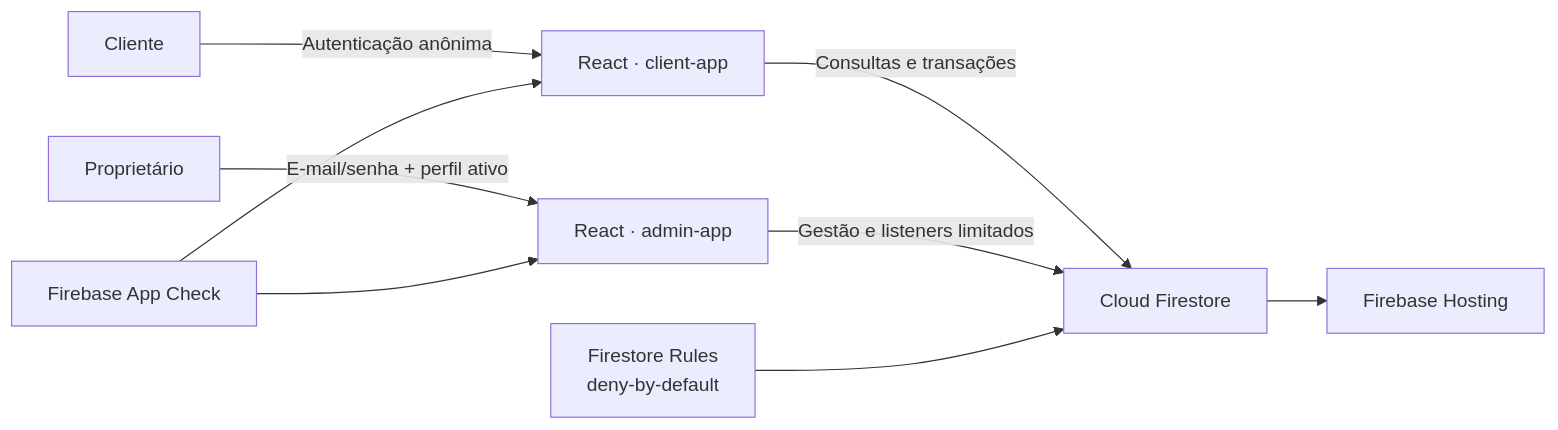
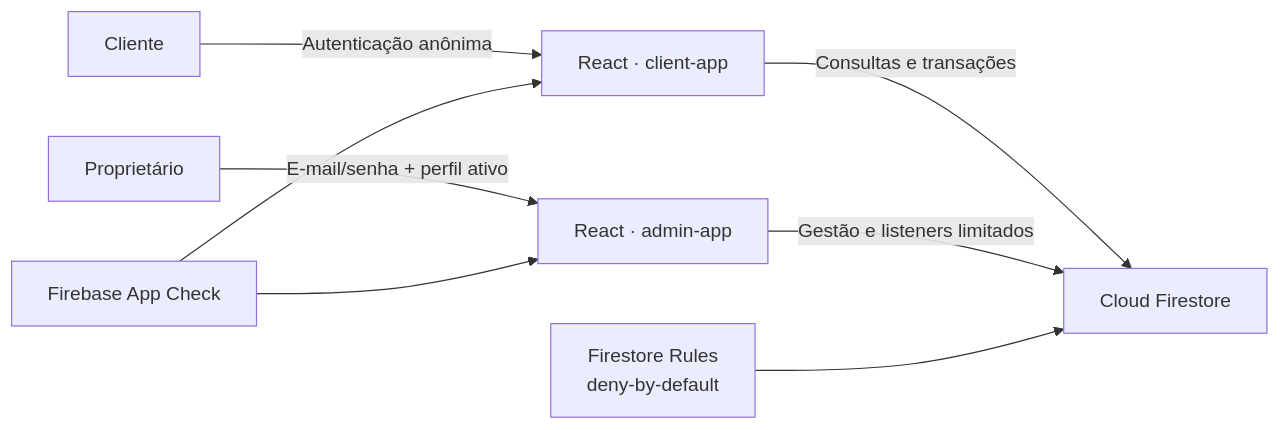
The diagram in README.md (EmanuelCandido/Sistema-de-barbeiro), drawn with Mermaid before and after one commit. The commit also changed other lines of this file, not shown here.

````diff
--- a/README.md
+++ b/README.md
@@ -73,11 +119,10 @@
 ```mermaid
 flowchart LR
     C["Cliente"] -->|"Autenticação anônima"| CLIENT["React · client-app"]
     O["Proprietário"] -->|"E-mail/senha + perfil ativo"| ADMIN["React · admin-app"]
     CLIENT -->|"Consultas e transações"| FS["Cloud Firestore"]
     ADMIN -->|"Gestão e listeners limitados"| FS
     RULES["Firestore Rules<br>deny-by-default"] --> FS
     CHECK["Firebase App Check"] --> CLIENT
     CHECK --> ADMIN
-    FS --> HOST["Firebase Hosting"]
 ```
````
